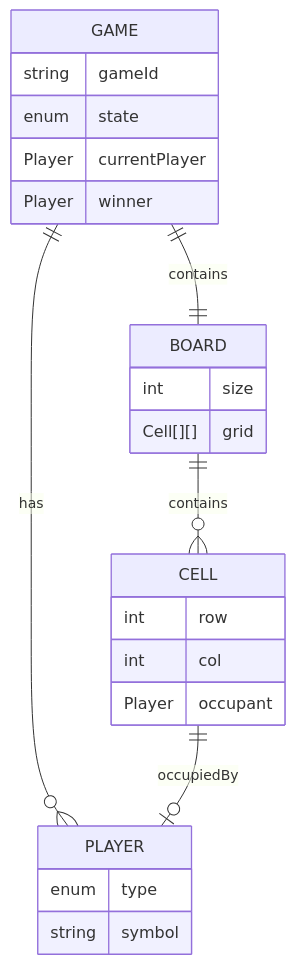
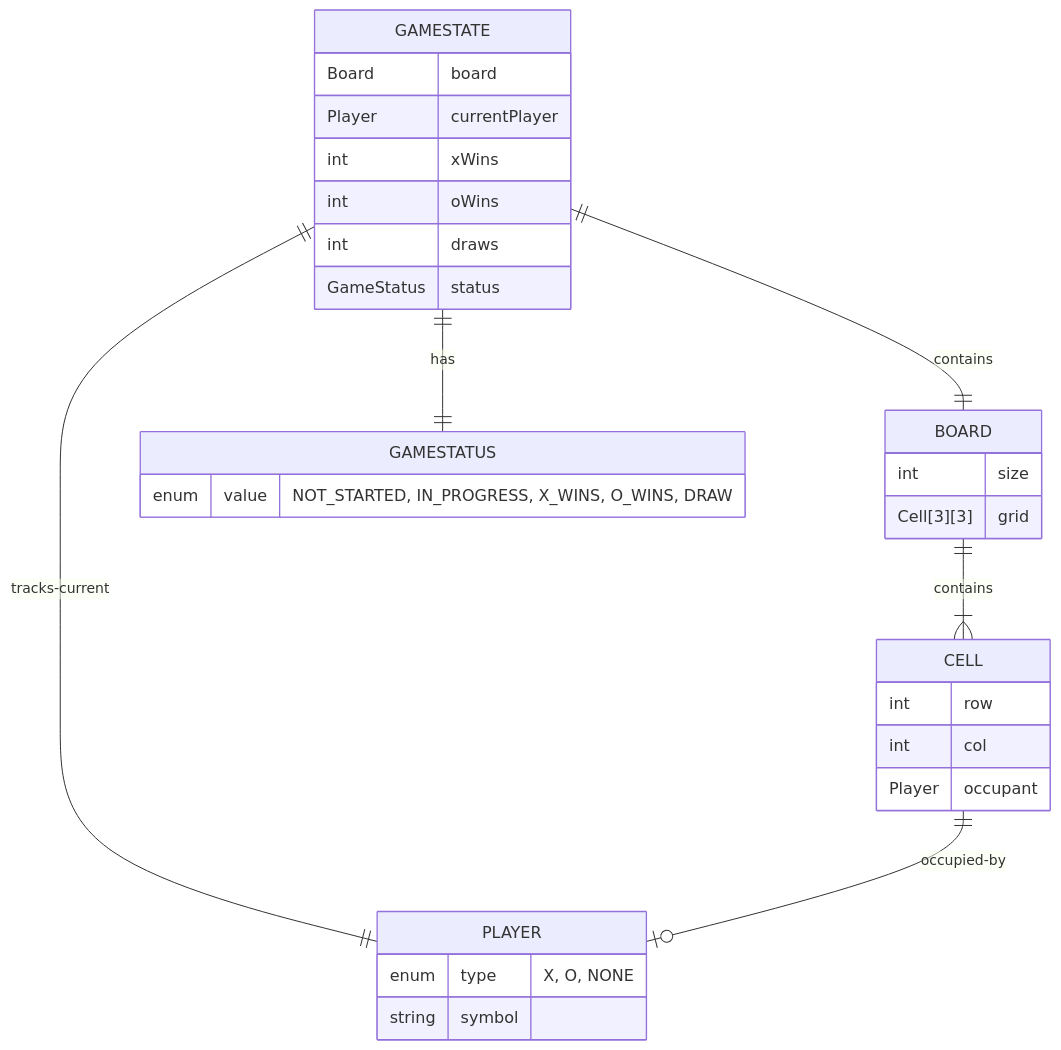
One commit to jashar86/tic-tac-toe changed the fourth of 15 diagrams in docs/REFERENCE_ARCHITECTURE.md. Above: the diagram before and after it, drawn with Mermaid. The commit also changed other lines of this file, not shown here.

````diff
--- a/docs/REFERENCE_ARCHITECTURE.md
+++ b/docs/REFERENCE_ARCHITECTURE.md
@@ -221,30 +529,37 @@
 ```mermaid
 erDiagram
-    GAME ||--|| BOARD : contains
-    GAME ||--o{ PLAYER : has
-    BOARD ||--o{ CELL : contains
-    CELL ||--o| PLAYER : occupiedBy
+    GAMESTATE ||--|| BOARD : contains
+    GAMESTATE ||--|| PLAYER : tracks-current
+    GAMESTATE ||--|| GAMESTATUS : has
+    BOARD ||--|{ CELL : contains
+    CELL ||--o| PLAYER : occupied-by
 
-    GAME {
-        string gameId
-        enum state
+    GAMESTATE {
+        Board board
         Player currentPlayer
-        Player winner
+        int xWins
+        int oWins
+        int draws
+        GameStatus status
     }
 
     BOARD {
         int size
-        Cell[][] grid
+        Cell[3][3] grid
     }
 
     CELL {
         int row
         int col
         Player occupant
     }
 
     PLAYER {
-        enum type
+        enum type "X, O, NONE"
         string symbol
     }
+
+    GAMESTATUS {
+        enum value "NOT_STARTED, IN_PROGRESS, X_WINS, O_WINS, DRAW"
+    }
 ```
````
